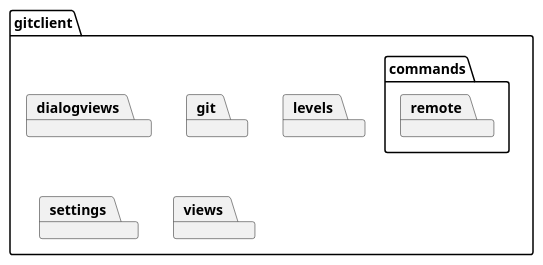
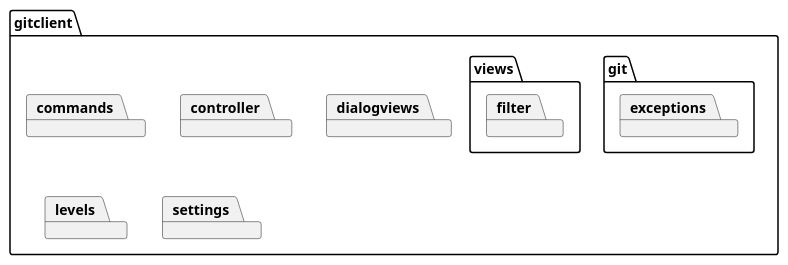
The diagram in diagrams/raw diagramm files/Package overview.puml (osl2/Skalierbarer-Git-Client), drawn with PlantUML before and after one commit. The commit also changed 10 other files, not shown here.

Commit message:
Some changes in Diagramms

```diff
--- a/diagrams/raw diagramm files/Package overview.puml
+++ b/diagrams/raw diagramm files/Package overview.puml
@@ -1,14 +1,17 @@
 @startuml
 skinparam monochrome true
 
 package gitclient {
-package commands {
-package remote
-}
+package commands
+package controller
 package dialogviews
-package git
+package git{
+package exceptions
+ }
 package levels
 package settings
-package views
+package views {
+package filter
+}
 }
 @enduml
```
